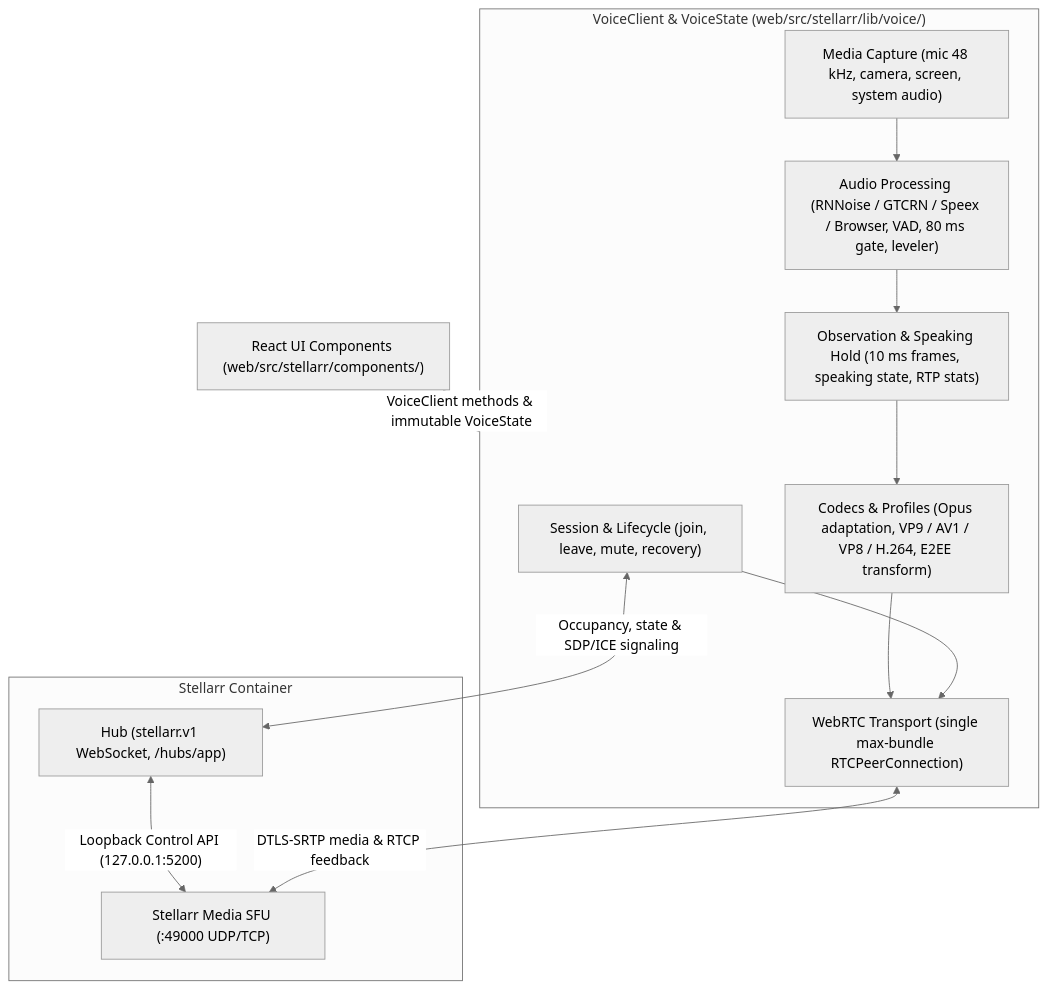
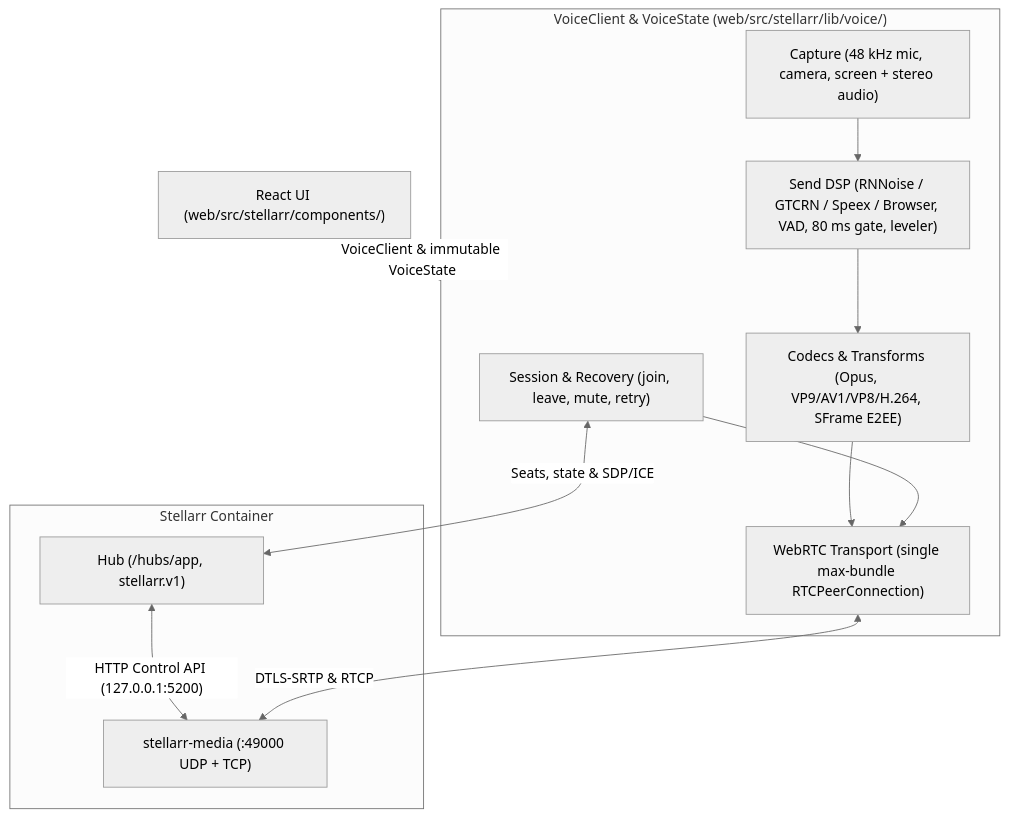
Before and after one commit to Arkazzae/Stellar: the first of 2 diagrams in docs/rtc-protocol.md, drawn with Mermaid (neutral theme). The commit also changed other lines of this file and 17 other files, not shown here.

````diff
--- a/docs/rtc-protocol.md
+++ b/docs/rtc-protocol.md
@@ -7,26 +7,25 @@
 ```mermaid
 flowchart TD
-    UI["React UI Components (web/src/stellarr/components/)"]
+    UI["React UI (web/src/stellarr/components/)"]
 
     subgraph Client["VoiceClient & VoiceState (web/src/stellarr/lib/voice/)"]
-        Lifecycle["Session & Lifecycle (join, leave, mute, recovery)"]
-        Capture["Media Capture (mic 48 kHz, camera, screen, system audio)"]
-        DSP["Audio Processing (RNNoise / GTCRN / Speex / Browser, VAD, 80 ms gate, leveler)"]
-        VAD["Observation & Speaking Hold (10 ms frames, speaking state, RTP stats)"]
-        Codecs["Codecs & Profiles (Opus adaptation, VP9 / AV1 / VP8 / H.264, E2EE transform)"]
+        Lifecycle["Session & Recovery (join, leave, mute, retry)"]
+        Capture["Capture (48 kHz mic, camera, screen + stereo audio)"]
+        DSP["Send DSP (RNNoise / GTCRN / Speex / Browser, VAD, 80 ms gate, leveler)"]
+        Codecs["Codecs & Transforms (Opus, VP9/AV1/VP8/H.264, SFrame E2EE)"]
         Transport["WebRTC Transport (single max-bundle RTCPeerConnection)"]
 
-        Capture --> DSP --> VAD --> Codecs --> Transport
+        Capture --> DSP --> Codecs --> Transport
         Lifecycle --> Transport
     end
 
     subgraph Server["Stellarr Container"]
-        Hub["Hub (stellarr.v1 WebSocket, /hubs/app)"]
-        SFU["Stellarr Media SFU (:49000 UDP/TCP)"]
-        Hub <-->|"Loopback Control API (127.0.0.1:5200)"| SFU
+        Hub["Hub (/hubs/app, stellarr.v1)"]
+        SFU["stellarr-media (:49000 UDP + TCP)"]
+        Hub <-->|"HTTP Control API (127.0.0.1:5200)"| SFU
     end
 
-    UI <-->|"VoiceClient methods & immutable VoiceState"| Client
-    Lifecycle <-->|"Occupancy, state & SDP/ICE signaling"| Hub
-    Transport <-->|"DTLS-SRTP media & RTCP feedback"| SFU
+    UI <-->|"VoiceClient & immutable VoiceState"| Client
+    Lifecycle <-->|"Seats, state & SDP/ICE"| Hub
+    Transport <-->|"DTLS-SRTP & RTCP"| SFU
 ```
````
